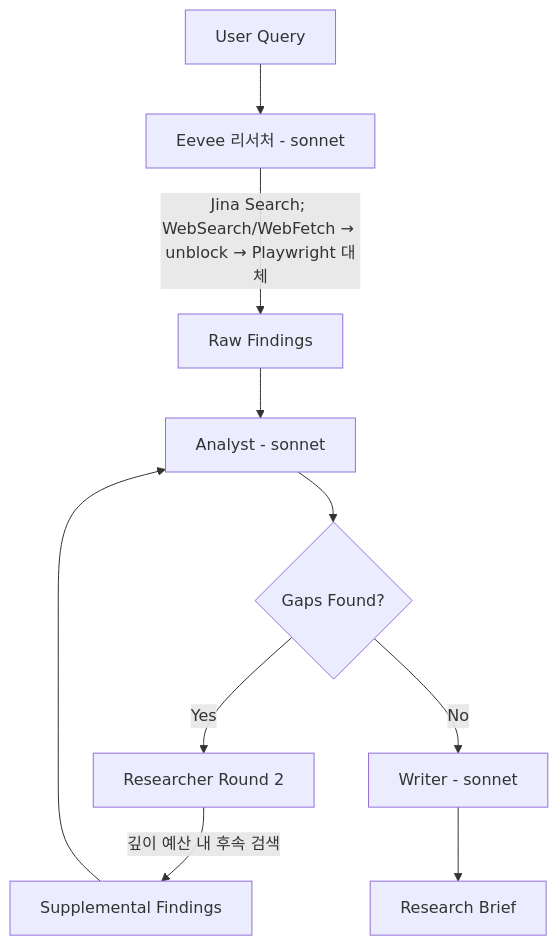
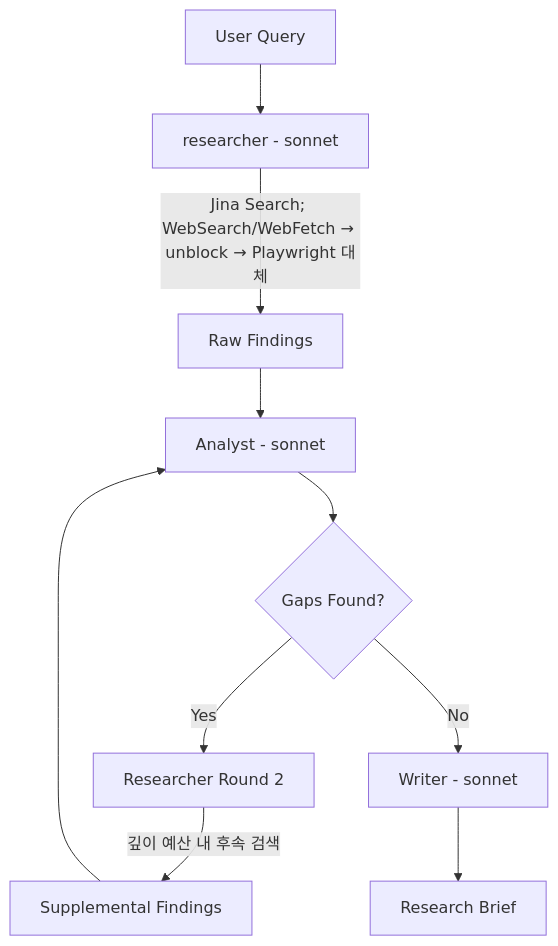
The diagram in docs/skills/research.ko.md (unclejobs-ai/second-claude-code), drawn with Mermaid before and after one commit. The commit also changed other lines of this file and 26 other files, not shown here.

````diff
--- a/docs/skills/research.ko.md
+++ b/docs/skills/research.ko.md
@@ -66,12 +67,12 @@
 ```mermaid
 graph TD
-    A[User Query] --> B[Eevee 리서처 - sonnet]
+    A[User Query] --> B[researcher - sonnet]
     B -->|Jina Search; WebSearch/WebFetch → unblock → Playwright 대체| C[Raw Findings]
     C --> D[Analyst - sonnet]
     D --> E{Gaps Found?}
     E -->|Yes| F[Researcher Round 2]
     F -->|깊이 예산 내 후속 검색| G[Supplemental Findings]
     G --> D
     E -->|No| H[Writer - sonnet]
     H --> I[Research Brief]
 ```
````
